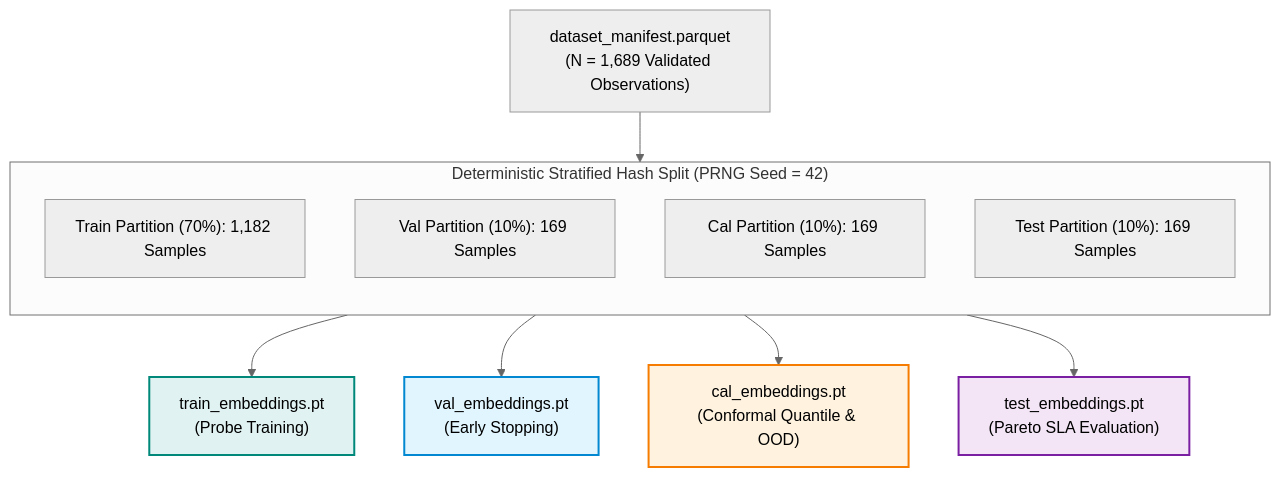
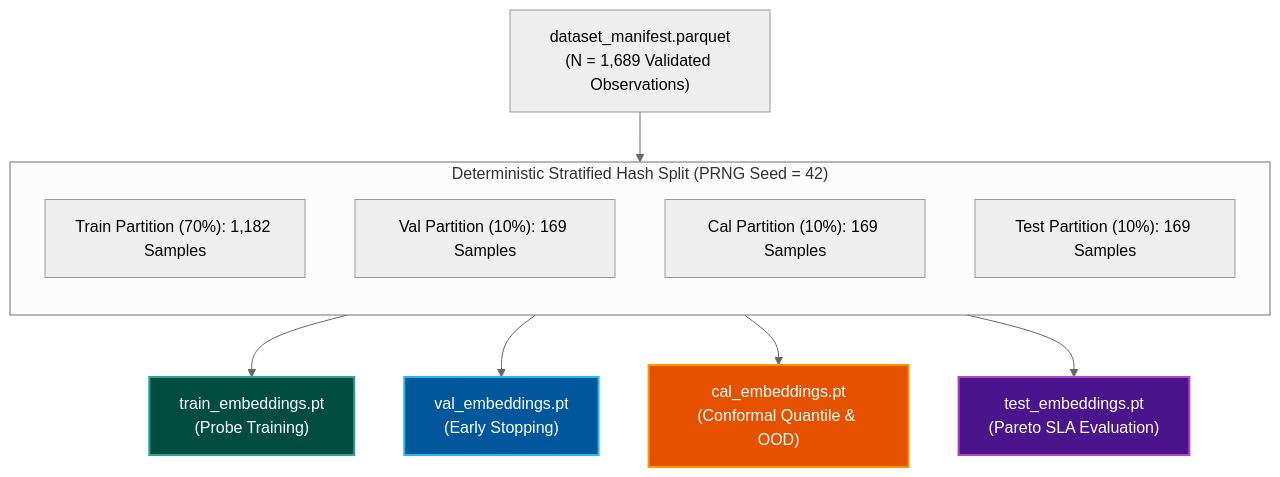
The second of 2 diagrams in docs/mlops_pipeline/storage_and_databases.md (foersben/taxon-vision-mlops), drawn with Mermaid (neutral theme) before and after one commit. The commit also changed 8 other files, not shown here.

Commit message:
fix(docs): resolve broken mermaid syntax, markdown tables, widget styles, and dimension accuracy

````diff
--- a/docs/mlops_pipeline/storage_and_databases.md
+++ b/docs/mlops_pipeline/storage_and_databases.md
@@ -97,24 +97,24 @@
 ```mermaid
 flowchart TD
     D["dataset_manifest.parquet<br/>(N = 1,689 Validated Observations)"]
 
     subgraph StratSplit["Deterministic Stratified Hash Split (PRNG Seed = 42)"]
         direction TB
         T["Train Partition (70%): 1,182 Samples"]
         V["Val Partition (10%): 169 Samples"]
         C["Cal Partition (10%): 169 Samples"]
         E["Test Partition (10%): 169 Samples"]
     end
 
     D --> StratSplit
 
     T --> T_PT["train_embeddings.pt<br/>(Probe Training)"]
     V --> V_PT["val_embeddings.pt<br/>(Early Stopping)"]
     C --> C_PT["cal_embeddings.pt<br/>(Conformal Quantile & OOD)"]
     E --> E_PT["test_embeddings.pt<br/>(Pareto SLA Evaluation)"]
 
-    style T_PT fill:#e0f2f1,stroke:#00897b,stroke-width:2px;
-    style V_PT fill:#e1f5fe,stroke:#0288d1,stroke-width:2px;
-    style C_PT fill:#fff3e0,stroke:#f57c00,stroke-width:2px;
-    style E_PT fill:#f3e5f5,stroke:#7b1fa2,stroke-width:2px;
+    style T_PT fill:#004d40,stroke:#26a69a,stroke-width:2px,color:#ffffff;
+    style V_PT fill:#01579b,stroke:#29b6f6,stroke-width:2px,color:#ffffff;
+    style C_PT fill:#e65100,stroke:#ff9800,stroke-width:2px,color:#ffffff;
+    style E_PT fill:#4a148c,stroke:#ab47bc,stroke-width:2px,color:#ffffff;
 ```
````
